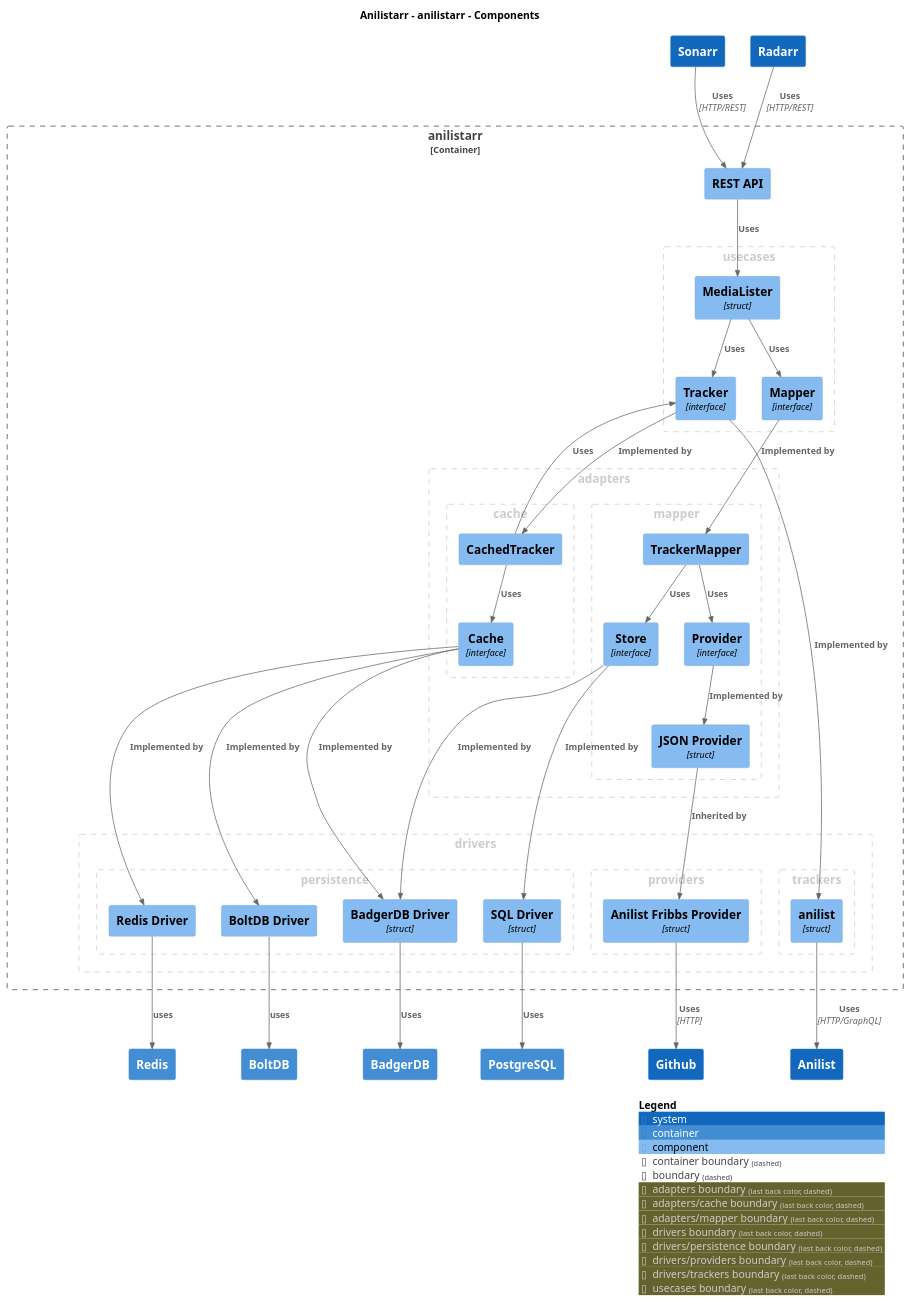
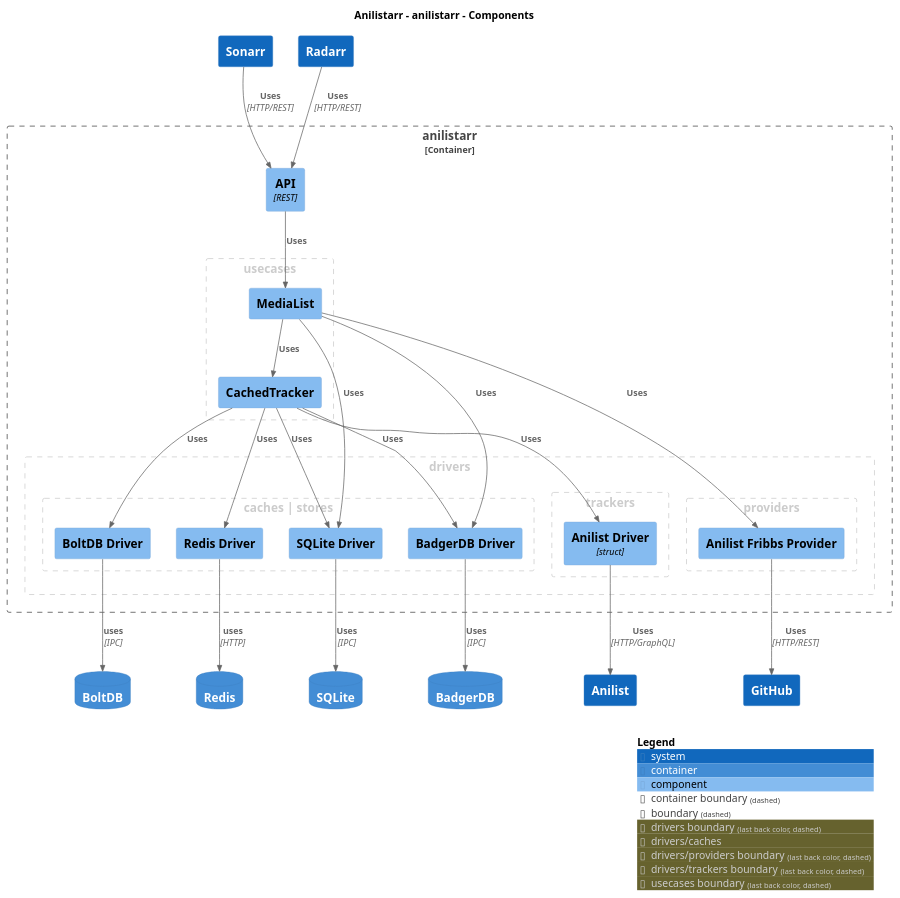
The diagram in docs/structurizr-Component-001.puml (wwmoraes/anilistarr), drawn with PlantUML before and after one commit. The commit also changed 151 other files, not shown here.

```diff
--- a/docs/structurizr-Component-001.puml
+++ b/docs/structurizr-Component-001.puml
@@ -1,99 +1,73 @@
 @startuml
 set separator none
 title Anilistarr - anilistarr - Components
 
 top to bottom direction
 
 !include <C4/C4>
 !include <C4/C4_Context>
 !include <C4/C4_Container>
 !include <C4/C4_Component>
 
 System(Anilist, "Anilist", $descr="", $tags="", $link="")
-System(Github, "Github", $descr="", $tags="", $link="")
-Container(Anilistarr.Redis, "Redis", $techn="", $descr="", $tags="", $link="")
-Container(Anilistarr.BoltDB, "BoltDB", $techn="", $descr="", $tags="", $link="")
-Container(Anilistarr.BadgerDB, "BadgerDB", $techn="", $descr="", $tags="", $link="")
-Container(Anilistarr.PostgreSQL, "PostgreSQL", $techn="", $descr="", $tags="", $link="")
+System(GitHub, "GitHub", $descr="", $tags="", $link="")
+ContainerDb(Anilistarr.Redis, "Redis", $techn="", $descr="", $tags="", $link="")
+ContainerDb(Anilistarr.BoltDB, "BoltDB", $techn="", $descr="", $tags="", $link="")
+ContainerDb(Anilistarr.BadgerDB, "BadgerDB", $techn="", $descr="", $tags="", $link="")
+ContainerDb(Anilistarr.SQLite, "SQLite", $techn="", $descr="", $tags="", $link="")
 System(Sonarr, "Sonarr", $descr="", $tags="", $link="")
 System(Radarr, "Radarr", $descr="", $tags="", $link="")
 
 Container_Boundary("Anilistarr.anilistarr_boundary", "anilistarr", $tags="") {
-  AddBoundaryTag("adapters", $borderColor="#cccccc", $fontColor="#cccccc", $borderStyle="dashed")
-  Boundary(group_1, "adapters", $tags="adapters") {
-      AddBoundaryTag("adapters/cache", $borderColor="#cccccc", $fontColor="#cccccc", $borderStyle="dashed")
-      Boundary(group_2, "cache", $tags="adapters/cache") {
-        Component(Anilistarr.anilistarr.Cache, "Cache", $techn="interface", $descr="", $tags="", $link="")
-        Component(Anilistarr.anilistarr.CachedTracker, "CachedTracker", $techn="", $descr="", $tags="", $link="")
-      }
-
-      AddBoundaryTag("adapters/mapper", $borderColor="#cccccc", $fontColor="#cccccc", $borderStyle="dashed")
-      Boundary(group_3, "mapper", $tags="adapters/mapper") {
-        Component(Anilistarr.anilistarr.JSONProvider, "JSON Provider", $techn="struct", $descr="", $tags="", $link="")
-        Component(Anilistarr.anilistarr.Provider, "Provider", $techn="interface", $descr="", $tags="", $link="")
-        Component(Anilistarr.anilistarr.Store, "Store", $techn="interface", $descr="", $tags="", $link="")
-        Component(Anilistarr.anilistarr.TrackerMapper, "TrackerMapper", $techn="", $descr="", $tags="", $link="")
-      }
-
-  }
-
   AddBoundaryTag("drivers", $borderColor="#cccccc", $fontColor="#cccccc", $borderStyle="dashed")
-  Boundary(group_4, "drivers", $tags="drivers") {
-      AddBoundaryTag("drivers/persistence", $borderColor="#cccccc", $fontColor="#cccccc", $borderStyle="dashed")
-      Boundary(group_5, "persistence", $tags="drivers/persistence") {
+  Boundary(group_1, "drivers", $tags="drivers") {
+      AddBoundaryTag("drivers/caches | stores", $borderColor="#cccccc", $fontColor="#cccccc", $borderStyle="dashed")
+      Boundary(group_2, "caches | stores", $tags="drivers/caches | stores") {
+        Component(Anilistarr.anilistarr.BadgerDBDriver, "BadgerDB Driver", $techn="", $descr="", $tags="", $link="")
+        Component(Anilistarr.anilistarr.BoltDBDriver, "BoltDB Driver", $techn="", $descr="", $tags="", $link="")
         Component(Anilistarr.anilistarr.RedisDriver, "Redis Driver", $techn="", $descr="", $tags="", $link="")
-        Component(Anilistarr.anilistarr.BoltDBDriver, "BoltDB Driver", $techn="", $descr="", $tags="", $link="")
-        Component(Anilistarr.anilistarr.BadgerDBDriver, "BadgerDB Driver", $techn="struct", $descr="", $tags="", $link="")
-        Component(Anilistarr.anilistarr.SQLDriver, "SQL Driver", $techn="struct", $descr="", $tags="", $link="")
+        Component(Anilistarr.anilistarr.SQLiteDriver, "SQLite Driver", $techn="", $descr="", $tags="", $link="")
       }
 
       AddBoundaryTag("drivers/providers", $borderColor="#cccccc", $fontColor="#cccccc", $borderStyle="dashed")
-      Boundary(group_6, "providers", $tags="drivers/providers") {
-        Component(Anilistarr.anilistarr.AnilistFribbsProvider, "Anilist Fribbs Provider", $techn="struct", $descr="", $tags="", $link="")
+      Boundary(group_3, "providers", $tags="drivers/providers") {
+        Component(Anilistarr.anilistarr.AnilistFribbsProvider, "Anilist Fribbs Provider", $techn="", $descr="", $tags="", $link="")
       }
 
       AddBoundaryTag("drivers/trackers", $borderColor="#cccccc", $fontColor="#cccccc", $borderStyle="dashed")
-      Boundary(group_7, "trackers", $tags="drivers/trackers") {
-        Component(Anilistarr.anilistarr.anilist, "anilist", $techn="struct", $descr="", $tags="", $link="")
+      Boundary(group_4, "trackers", $tags="drivers/trackers") {
+        Component(Anilistarr.anilistarr.AnilistDriver, "Anilist Driver", $techn="struct", $descr="", $tags="", $link="")
       }
 
   }
 
   AddBoundaryTag("usecases", $borderColor="#cccccc", $fontColor="#cccccc", $borderStyle="dashed")
-  Boundary(group_8, "usecases", $tags="usecases") {
-    Component(Anilistarr.anilistarr.Tracker, "Tracker", $techn="interface", $descr="", $tags="", $link="")
-    Component(Anilistarr.anilistarr.Mapper, "Mapper", $techn="interface", $descr="", $tags="", $link="")
-    Component(Anilistarr.anilistarr.MediaLister, "MediaLister", $techn="struct", $descr="", $tags="", $link="")
+  Boundary(group_5, "usecases", $tags="usecases") {
+    Component(Anilistarr.anilistarr.CachedTracker, "CachedTracker", $techn="", $descr="", $tags="", $link="")
+    Component(Anilistarr.anilistarr.MediaList, "MediaList", $techn="", $descr="", $tags="", $link="")
   }
 
-  Component(Anilistarr.anilistarr.RESTAPI, "REST API", $techn="", $descr="", $tags="", $link="")
+  Component(Anilistarr.anilistarr.API, "API", $techn="REST", $descr="", $tags="", $link="")
 }
 
-Rel(Anilistarr.anilistarr.anilist, Anilist, "Uses", $techn="HTTP/GraphQL", $tags="", $link="")
-Rel(Anilistarr.anilistarr.RedisDriver, Anilistarr.Redis, "uses", $techn="", $tags="", $link="")
-Rel(Anilistarr.anilistarr.BoltDBDriver, Anilistarr.BoltDB, "uses", $techn="", $tags="", $link="")
-Rel(Anilistarr.anilistarr.BadgerDBDriver, Anilistarr.BadgerDB, "Uses", $techn="", $tags="", $link="")
-Rel(Anilistarr.anilistarr.SQLDriver, Anilistarr.PostgreSQL, "Uses", $techn="", $tags="", $link="")
-Rel(Anilistarr.anilistarr.AnilistFribbsProvider, Github, "Uses", $techn="HTTP", $tags="", $link="")
-Rel(Anilistarr.anilistarr.JSONProvider, Anilistarr.anilistarr.AnilistFribbsProvider, "Inherited by", $techn="", $tags="", $link="")
-Rel(Anilistarr.anilistarr.Provider, Anilistarr.anilistarr.JSONProvider, "Implemented by", $techn="", $tags="", $link="")
-Rel(Anilistarr.anilistarr.Store, Anilistarr.anilistarr.BadgerDBDriver, "Implemented by", $techn="", $tags="", $link="")
-Rel(Anilistarr.anilistarr.Store, Anilistarr.anilistarr.SQLDriver, "Implemented by", $techn="", $tags="", $link="")
-Rel(Anilistarr.anilistarr.TrackerMapper, Anilistarr.anilistarr.Store, "Uses", $techn="", $tags="", $link="")
-Rel(Anilistarr.anilistarr.TrackerMapper, Anilistarr.anilistarr.Provider, "Uses", $techn="", $tags="", $link="")
-Rel(Anilistarr.anilistarr.Cache, Anilistarr.anilistarr.RedisDriver, "Implemented by", $techn="", $tags="", $link="")
-Rel(Anilistarr.anilistarr.Cache, Anilistarr.anilistarr.BoltDBDriver, "Implemented by", $techn="", $tags="", $link="")
-Rel(Anilistarr.anilistarr.Cache, Anilistarr.anilistarr.BadgerDBDriver, "Implemented by", $techn="", $tags="", $link="")
-Rel(Anilistarr.anilistarr.CachedTracker, Anilistarr.anilistarr.Cache, "Uses", $techn="", $tags="", $link="")
-Rel(Anilistarr.anilistarr.Tracker, Anilistarr.anilistarr.anilist, "Implemented by", $techn="", $tags="", $link="")
-Rel(Anilistarr.anilistarr.Tracker, Anilistarr.anilistarr.CachedTracker, "Implemented by", $techn="", $tags="", $link="")
-Rel(Anilistarr.anilistarr.CachedTracker, Anilistarr.anilistarr.Tracker, "Uses", $techn="", $tags="", $link="")
-Rel(Anilistarr.anilistarr.Mapper, Anilistarr.anilistarr.TrackerMapper, "Implemented by", $techn="", $tags="", $link="")
-Rel(Anilistarr.anilistarr.MediaLister, Anilistarr.anilistarr.Tracker, "Uses", $techn="", $tags="", $link="")
-Rel(Anilistarr.anilistarr.MediaLister, Anilistarr.anilistarr.Mapper, "Uses", $techn="", $tags="", $link="")
-Rel(Anilistarr.anilistarr.RESTAPI, Anilistarr.anilistarr.MediaLister, "Uses", $techn="", $tags="", $link="")
-Rel(Sonarr, Anilistarr.anilistarr.RESTAPI, "Uses", $techn="HTTP/REST", $tags="", $link="")
-Rel(Radarr, Anilistarr.anilistarr.RESTAPI, "Uses", $techn="HTTP/REST", $tags="", $link="")
+Rel(Anilistarr.anilistarr.AnilistDriver, Anilist, "Uses", $techn="HTTP/GraphQL", $tags="", $link="")
+Rel(Anilistarr.anilistarr.BadgerDBDriver, Anilistarr.BadgerDB, "Uses", $techn="IPC", $tags="", $link="")
+Rel(Anilistarr.anilistarr.BoltDBDriver, Anilistarr.BoltDB, "uses", $techn="IPC", $tags="", $link="")
+Rel(Anilistarr.anilistarr.RedisDriver, Anilistarr.Redis, "uses", $techn="HTTP", $tags="", $link="")
+Rel(Anilistarr.anilistarr.SQLiteDriver, Anilistarr.SQLite, "Uses", $techn="IPC", $tags="", $link="")
+Rel(Anilistarr.anilistarr.AnilistFribbsProvider, GitHub, "Uses", $techn="HTTP/REST", $tags="", $link="")
+Rel(Anilistarr.anilistarr.CachedTracker, Anilistarr.anilistarr.AnilistDriver, "Uses", $techn="", $tags="", $link="")
+Rel(Anilistarr.anilistarr.CachedTracker, Anilistarr.anilistarr.BoltDBDriver, "Uses", $techn="", $tags="", $link="")
+Rel(Anilistarr.anilistarr.CachedTracker, Anilistarr.anilistarr.RedisDriver, "Uses", $techn="", $tags="", $link="")
+Rel(Anilistarr.anilistarr.CachedTracker, Anilistarr.anilistarr.BadgerDBDriver, "Uses", $techn="", $tags="", $link="")
+Rel(Anilistarr.anilistarr.CachedTracker, Anilistarr.anilistarr.SQLiteDriver, "Uses", $techn="", $tags="", $link="")
+Rel(Anilistarr.anilistarr.MediaList, Anilistarr.anilistarr.CachedTracker, "Uses", $techn="", $tags="", $link="")
+Rel(Anilistarr.anilistarr.MediaList, Anilistarr.anilistarr.AnilistFribbsProvider, "Uses", $techn="", $tags="", $link="")
+Rel(Anilistarr.anilistarr.MediaList, Anilistarr.anilistarr.BadgerDBDriver, "Uses", $techn="", $tags="", $link="")
+Rel(Anilistarr.anilistarr.MediaList, Anilistarr.anilistarr.SQLiteDriver, "Uses", $techn="", $tags="", $link="")
+Rel(Anilistarr.anilistarr.API, Anilistarr.anilistarr.MediaList, "Uses", $techn="", $tags="", $link="")
+Rel(Sonarr, Anilistarr.anilistarr.API, "Uses", $techn="HTTP/REST", $tags="", $link="")
+Rel(Radarr, Anilistarr.anilistarr.API, "Uses", $techn="HTTP/REST", $tags="", $link="")
 
 SHOW_LEGEND(true)
 @enduml
```
